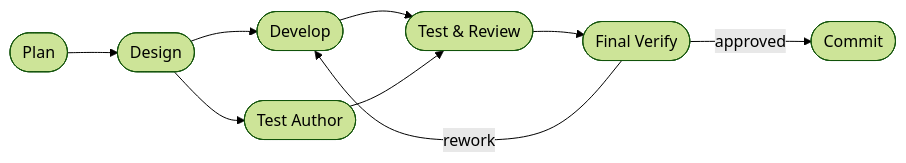
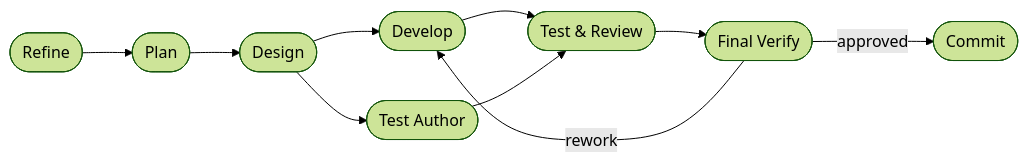
The diagram in .dev/DASHBOARD.md (hjhun/dormammu), drawn with Mermaid (forest theme) before and after one commit. The commit also changed other lines of this file and 17 other files, not shown here.

First line of the commit message:
Require refine-plan before runtime work

````diff
--- a/.dev/DASHBOARD.md
+++ b/.dev/DASHBOARD.md
@@ -17,11 +19,12 @@
 ```mermaid
 flowchart LR
-    plan([Plan]) --> design([Design])
+    refine([Refine]) --> plan([Plan])
+    plan --> design([Design])
     design --> develop([Develop])
     design --> test_author([Test Author])
     develop --> test_review([Test & Review])
     test_author --> test_review
     test_review --> final_verify([Final Verify])
     final_verify -->|approved| commit([Commit])
     final_verify -->|rework| develop
 ```
````
